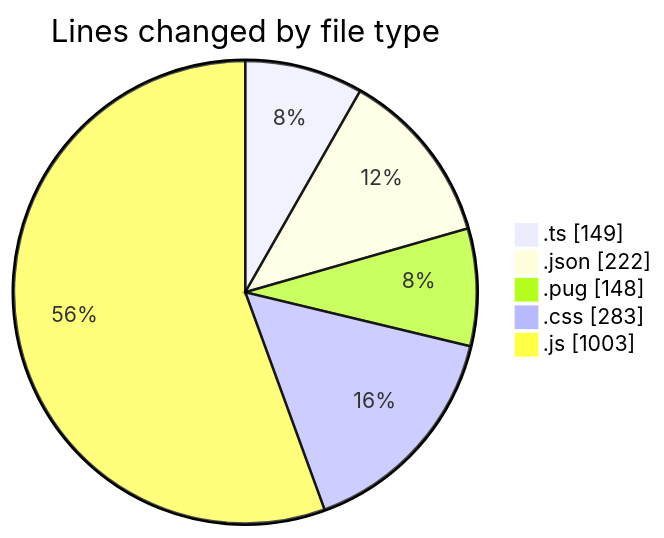
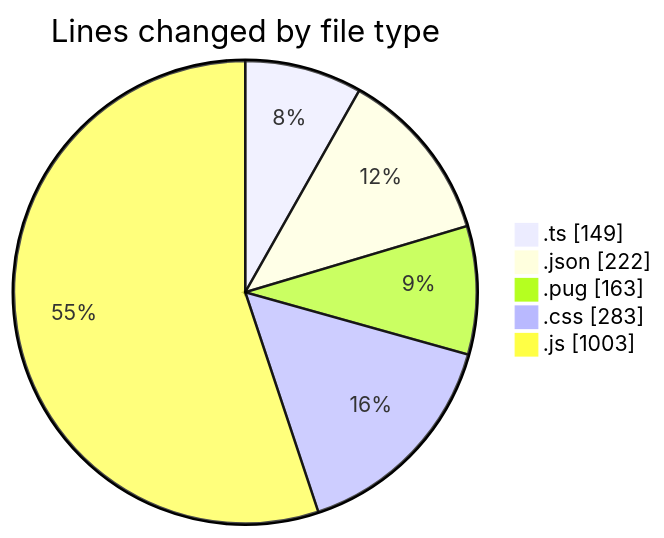
The first of 2 diagrams in 2025-02-24/cda/README.md (momahboobian/code-tracking), drawn with Mermaid before and after one commit. The commit also changed other lines of this file and 1 other file, not shown here.

````diff
--- a/2025-02-24/cda/README.md
+++ b/2025-02-24/cda/README.md
@@ -38,9 +38,9 @@
 ```mermaid
 pie showData
 title Lines changed by file type
 ".ts" : 149
 ".json" : 222
-".pug" : 148
+".pug" : 163
 ".css" : 283
 ".js" : 1003
 ```
````
